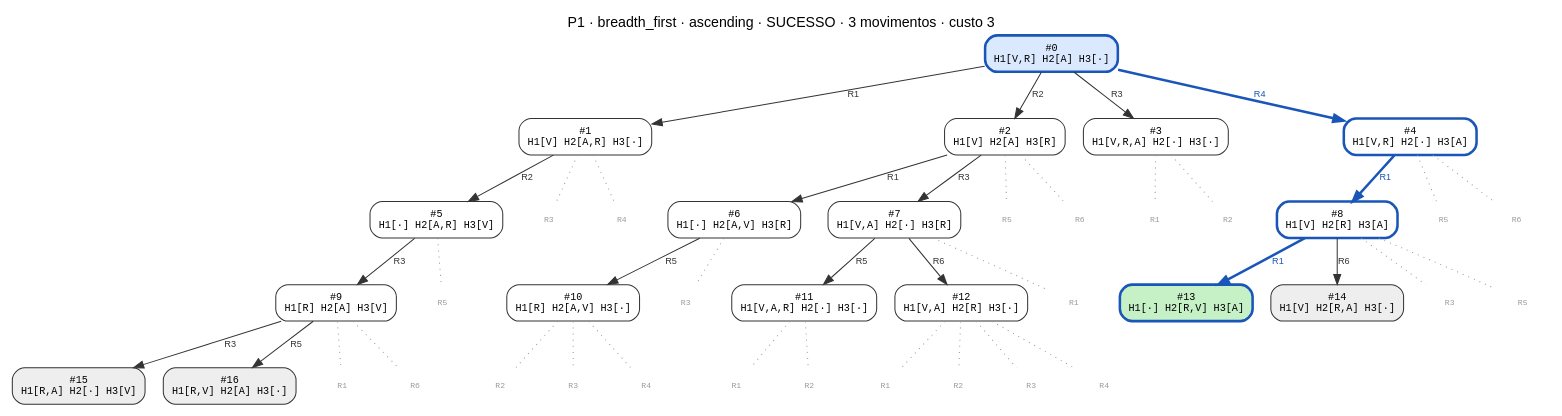
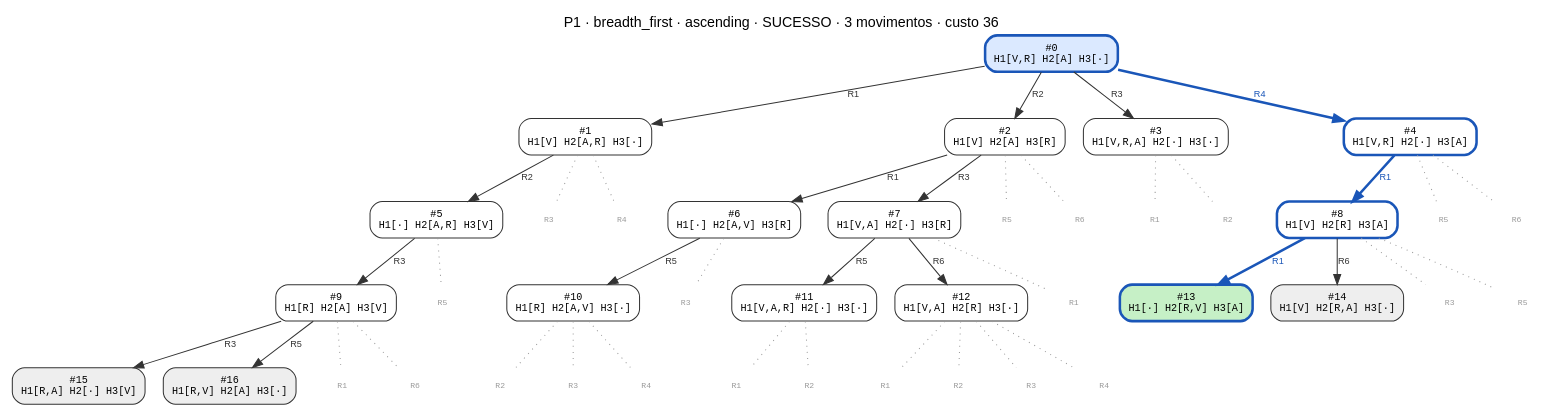
The diagram in data/P1/breadth_first_ascending.dot (CharlesLB/dcc-014-trabalho-1), drawn with Graphviz before and after one commit. The commit also changed 28 other files, not shown here.

```diff
--- a/data/P1/breadth_first_ascending.dot
+++ b/data/P1/breadth_first_ascending.dot
@@ -1,86 +1,86 @@
 digraph search {
-  label="P1 · breadth_first · ascending · SUCESSO · 3 movimentos · custo 3"; labelloc=t; fontname="Helvetica";
+  label="P1 · breadth_first · ascending · SUCESSO · 3 movimentos · custo 36"; labelloc=t; fontname="Helvetica";
   node [shape=box, style="rounded,filled", fontname="monospace", fontsize=10];
   edge [fontname="Helvetica", fontsize=9];
   n0 [label="#0\nH1[V,R] H2[A] H3[·]", fillcolor="#dbe9ff", color="#1a56b8", penwidth=2.5];
   n1 [label="#1\nH1[V] H2[A,R] H3[·]", fillcolor="#ffffff", color="#333333", penwidth=1];
   n0 -> n1 [label="R1", color="#333333", fontcolor="#333333", penwidth=1];
   n2 [label="#2\nH1[V] H2[A] H3[R]", fillcolor="#ffffff", color="#333333", penwidth=1];
   n0 -> n2 [label="R2", color="#333333", fontcolor="#333333", penwidth=1];
   n3 [label="#3\nH1[V,R,A] H2[·] H3[·]", fillcolor="#ffffff", color="#333333", penwidth=1];
   n0 -> n3 [label="R3", color="#333333", fontcolor="#333333", penwidth=1];
   n4 [label="#4\nH1[V,R] H2[·] H3[A]", fillcolor="#ffffff", color="#1a56b8", penwidth=2.5];
   n0 -> n4 [label="R4", color="#1a56b8", fontcolor="#1a56b8", penwidth=2.5];
   n5 [label="#5\nH1[·] H2[A,R] H3[V]", fillcolor="#ffffff", color="#333333", penwidth=1];
   n1 -> n5 [label="R2", color="#333333", fontcolor="#333333", penwidth=1];
   n6 [label="#6\nH1[·] H2[A,V] H3[R]", fillcolor="#ffffff", color="#333333", penwidth=1];
   n2 -> n6 [label="R1", color="#333333", fontcolor="#333333", penwidth=1];
   n7 [label="#7\nH1[V,A] H2[·] H3[R]", fillcolor="#ffffff", color="#333333", penwidth=1];
   n2 -> n7 [label="R3", color="#333333", fontcolor="#333333", penwidth=1];
   n8 [label="#8\nH1[V] H2[R] H3[A]", fillcolor="#ffffff", color="#1a56b8", penwidth=2.5];
   n4 -> n8 [label="R1", color="#1a56b8", fontcolor="#1a56b8", penwidth=2.5];
   n9 [label="#9\nH1[R] H2[A] H3[V]", fillcolor="#ffffff", color="#333333", penwidth=1];
   n5 -> n9 [label="R3", color="#333333", fontcolor="#333333", penwidth=1];
   n10 [label="#10\nH1[R] H2[A,V] H3[·]", fillcolor="#ffffff", color="#333333", penwidth=1];
   n6 -> n10 [label="R5", color="#333333", fontcolor="#333333", penwidth=1];
   n11 [label="#11\nH1[V,A,R] H2[·] H3[·]", fillcolor="#ffffff", color="#333333", penwidth=1];
   n7 -> n11 [label="R5", color="#333333", fontcolor="#333333", penwidth=1];
   n12 [label="#12\nH1[V,A] H2[R] H3[·]", fillcolor="#ffffff", color="#333333", penwidth=1];
   n7 -> n12 [label="R6", color="#333333", fontcolor="#333333", penwidth=1];
   n13 [label="#13\nH1[·] H2[R,V] H3[A]", fillcolor="#c6f0c6", color="#1a56b8", penwidth=2.5];
   n8 -> n13 [label="R1", color="#1a56b8", fontcolor="#1a56b8", penwidth=2.5];
   n14 [label="#14\nH1[V] H2[R,A] H3[·]", fillcolor="#eeeeee", color="#333333", penwidth=1];
   n8 -> n14 [label="R6", color="#333333", fontcolor="#333333", penwidth=1];
   n15 [label="#15\nH1[R,A] H2[·] H3[V]", fillcolor="#eeeeee", color="#333333", penwidth=1];
   n9 -> n15 [label="R3", color="#333333", fontcolor="#333333", penwidth=1];
   n16 [label="#16\nH1[R,V] H2[A] H3[·]", fillcolor="#eeeeee", color="#333333", penwidth=1];
   n9 -> n16 [label="R5", color="#333333", fontcolor="#333333", penwidth=1];
   p1_R3 [label="R3", shape=plaintext, style=solid, fontcolor="#999999", fontsize=8];
   n1 -> p1_R3 [style=dotted, color="#999999", arrowhead=none];
   p1_R4 [label="R4", shape=plaintext, style=solid, fontcolor="#999999", fontsize=8];
   n1 -> p1_R4 [style=dotted, color="#999999", arrowhead=none];
   p2_R5 [label="R5", shape=plaintext, style=solid, fontcolor="#999999", fontsize=8];
   n2 -> p2_R5 [style=dotted, color="#999999", arrowhead=none];
   p2_R6 [label="R6", shape=plaintext, style=solid, fontcolor="#999999", fontsize=8];
   n2 -> p2_R6 [style=dotted, color="#999999", arrowhead=none];
   p3_R1 [label="R1", shape=plaintext, style=solid, fontcolor="#999999", fontsize=8];
   n3 -> p3_R1 [style=dotted, color="#999999", arrowhead=none];
   p3_R2 [label="R2", shape=plaintext, style=solid, fontcolor="#999999", fontsize=8];
   n3 -> p3_R2 [style=dotted, color="#999999", arrowhead=none];
   p4_R5 [label="R5", shape=plaintext, style=solid, fontcolor="#999999", fontsize=8];
   n4 -> p4_R5 [style=dotted, color="#999999", arrowhead=none];
   p4_R6 [label="R6", shape=plaintext, style=solid, fontcolor="#999999", fontsize=8];
   n4 -> p4_R6 [style=dotted, color="#999999", arrowhead=none];
   p5_R5 [label="R5", shape=plaintext, style=solid, fontcolor="#999999", fontsize=8];
   n5 -> p5_R5 [style=dotted, color="#999999", arrowhead=none];
   p6_R3 [label="R3", shape=plaintext, style=solid, fontcolor="#999999", fontsize=8];
   n6 -> p6_R3 [style=dotted, color="#999999", arrowhead=none];
   p7_R1 [label="R1", shape=plaintext, style=solid, fontcolor="#999999", fontsize=8];
   n7 -> p7_R1 [style=dotted, color="#999999", arrowhead=none];
   p8_R3 [label="R3", shape=plaintext, style=solid, fontcolor="#999999", fontsize=8];
   n8 -> p8_R3 [style=dotted, color="#999999", arrowhead=none];
   p8_R5 [label="R5", shape=plaintext, style=solid, fontcolor="#999999", fontsize=8];
   n8 -> p8_R5 [style=dotted, color="#999999", arrowhead=none];
   p9_R1 [label="R1", shape=plaintext, style=solid, fontcolor="#999999", fontsize=8];
   n9 -> p9_R1 [style=dotted, color="#999999", arrowhead=none];
   p9_R6 [label="R6", shape=plaintext, style=solid, fontcolor="#999999", fontsize=8];
   n9 -> p9_R6 [style=dotted, color="#999999", arrowhead=none];
   p10_R2 [label="R2", shape=plaintext, style=solid, fontcolor="#999999", fontsize=8];
   n10 -> p10_R2 [style=dotted, color="#999999", arrowhead=none];
   p10_R3 [label="R3", shape=plaintext, style=solid, fontcolor="#999999", fontsize=8];
   n10 -> p10_R3 [style=dotted, color="#999999", arrowhead=none];
   p10_R4 [label="R4", shape=plaintext, style=solid, fontcolor="#999999", fontsize=8];
   n10 -> p10_R4 [style=dotted, color="#999999", arrowhead=none];
   p11_R1 [label="R1", shape=plaintext, style=solid, fontcolor="#999999", fontsize=8];
   n11 -> p11_R1 [style=dotted, color="#999999", arrowhead=none];
   p11_R2 [label="R2", shape=plaintext, style=solid, fontcolor="#999999", fontsize=8];
   n11 -> p11_R2 [style=dotted, color="#999999", arrowhead=none];
   p12_R1 [label="R1", shape=plaintext, style=solid, fontcolor="#999999", fontsize=8];
   n12 -> p12_R1 [style=dotted, color="#999999", arrowhead=none];
   p12_R2 [label="R2", shape=plaintext, style=solid, fontcolor="#999999", fontsize=8];
   n12 -> p12_R2 [style=dotted, color="#999999", arrowhead=none];
   p12_R3 [label="R3", shape=plaintext, style=solid, fontcolor="#999999", fontsize=8];
   n12 -> p12_R3 [style=dotted, color="#999999", arrowhead=none];
   p12_R4 [label="R4", shape=plaintext, style=solid, fontcolor="#999999", fontsize=8];
   n12 -> p12_R4 [style=dotted, color="#999999", arrowhead=none];
 }
```
